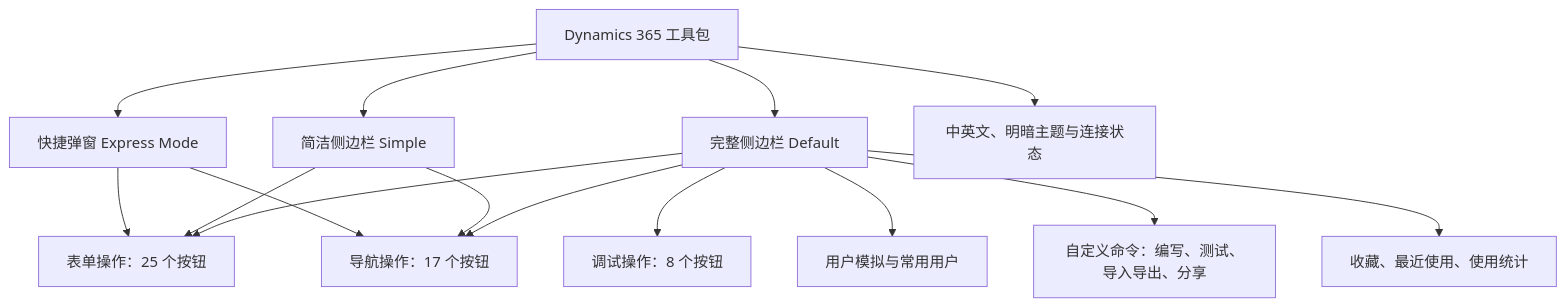
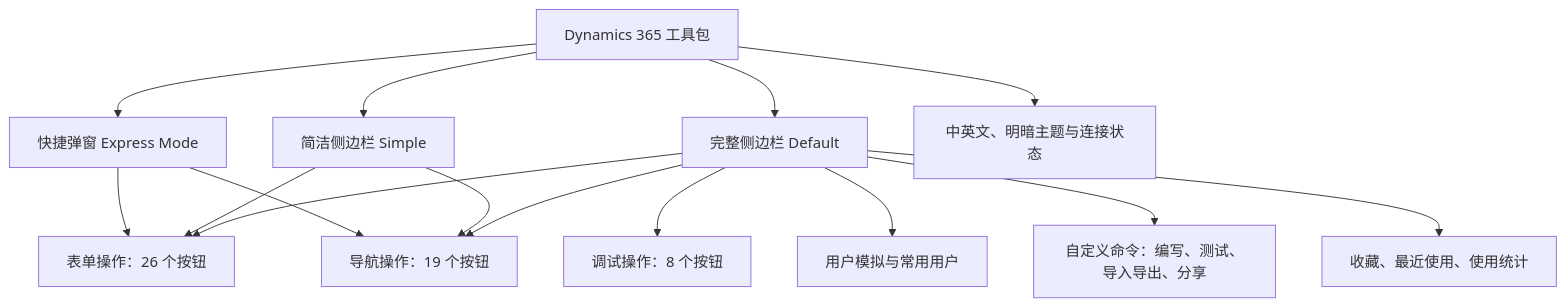
The first of 5 diagrams in README.md (Kenny-666/Power-Platform-Tool-Kit), drawn with Mermaid before and after one commit. The commit also changed other lines of this file and 23 other files, not shown here.

````diff
--- a/README.md
+++ b/README.md
@@ -46,17 +52,17 @@
 ```mermaid
 flowchart TB
     A["Dynamics 365 工具包"] --> B["快捷弹窗 Express Mode"]
     A --> C["完整侧边栏 Default"]
     A --> D["简洁侧边栏 Simple"]
-    B --> F["表单操作：25 个按钮"]
-    B --> N["导航操作：17 个按钮"]
+    B --> F["表单操作：26 个按钮"]
+    B --> N["导航操作：19 个按钮"]
     D --> F
     D --> N
     C --> F
     C --> N
     C --> G["调试操作：8 个按钮"]
     C --> I["用户模拟与常用用户"]
     C --> J["自定义命令：编写、测试、导入导出、分享"]
     C --> K["收藏、最近使用、使用统计"]
     A --> L["中英文、明暗主题与连接状态"]
 ```
````
